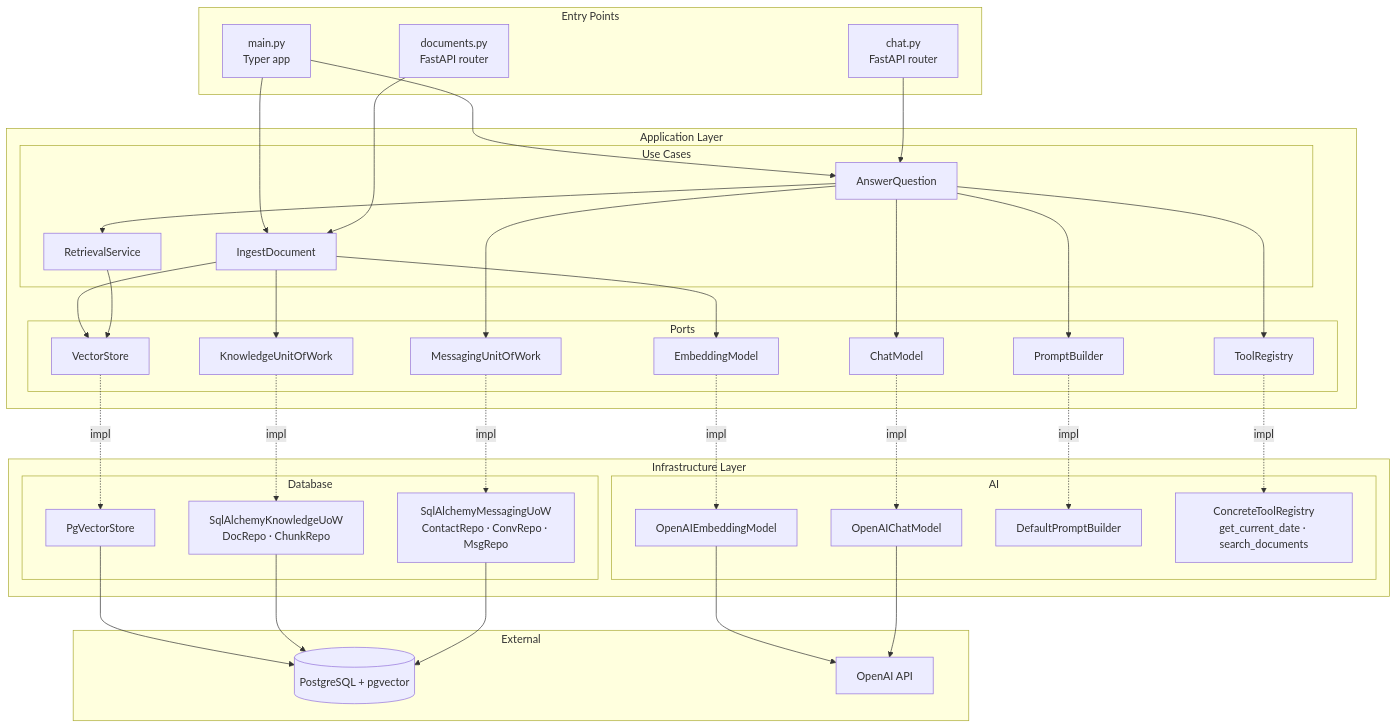
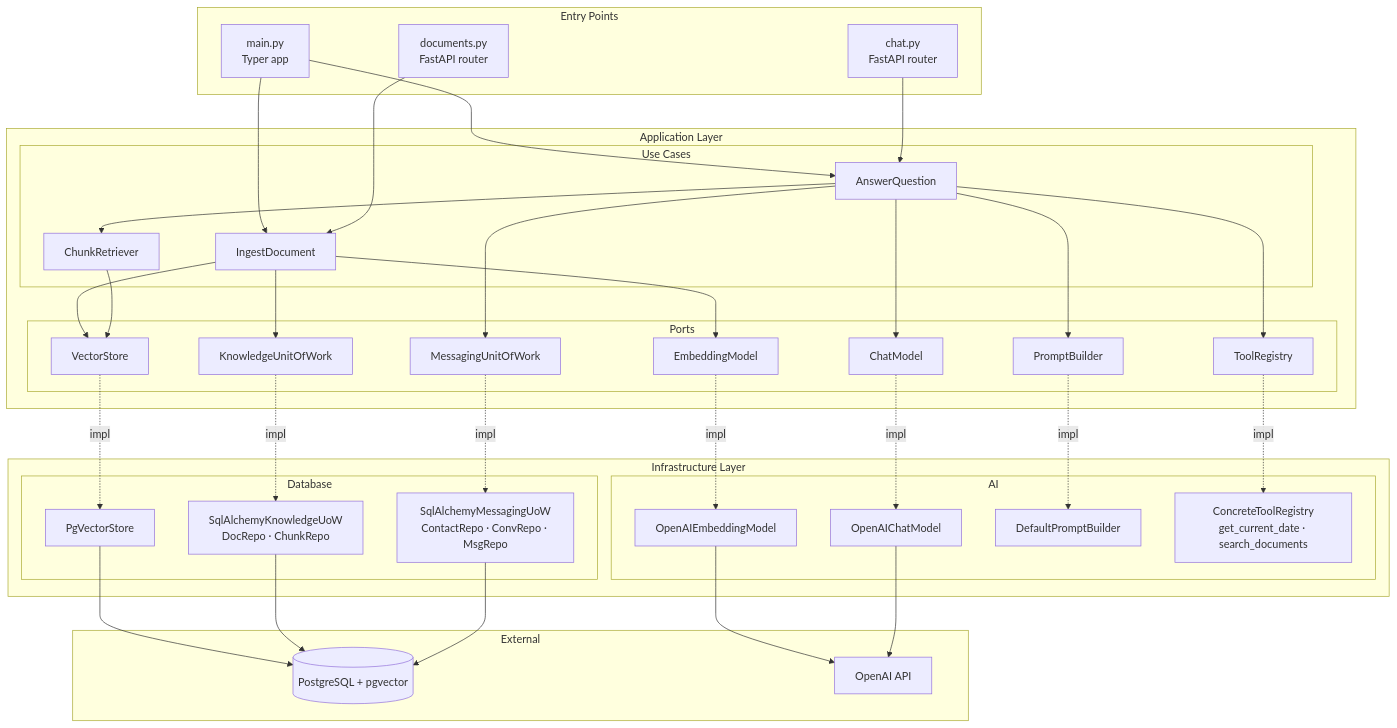
One commit to camercadop/knowledge-support-ai-agent changed the third of 3 diagrams in docs/architecture.md. Above: the diagram before and after it, drawn with Mermaid. The commit also changed other lines of this file and 9 other files, not shown here.

Commit message:
feat: implement ChunkRetriever service with post-retrieval quality controls

````diff
--- a/docs/architecture.md
+++ b/docs/architecture.md
@@ -47,64 +47,64 @@
 ```mermaid
 flowchart TB
     subgraph entry["Entry Points"]
         chat_router["chat.py\nFastAPI router"]
         docs_router["documents.py\nFastAPI router"]
         cli_main["main.py\nTyper app"]
     end
 
     subgraph app["Application Layer"]
         subgraph use_cases["Use Cases"]
             uc_answer["AnswerQuestion"]
             uc_ingest["IngestDocument"]
-            retrieval_svc["RetrievalService"]
+            retrieval_svc["ChunkRetriever"]
         end
         subgraph ports["Ports"]
             port_msg_uow["MessagingUnitOfWork"]
             port_know_uow["KnowledgeUnitOfWork"]
             port_chat["ChatModel"]
             port_embed["EmbeddingModel"]
             port_vs["VectorStore"]
             port_tools["ToolRegistry"]
             port_prompt["PromptBuilder"]
         end
     end
 
     subgraph infra["Infrastructure Layer"]
         subgraph db_impl["Database"]
             sql_msg_uow["SqlAlchemyMessagingUoW\nContactRepo · ConvRepo · MsgRepo"]
             sql_know_uow["SqlAlchemyKnowledgeUoW\nDocRepo · ChunkRepo"]
             pgvector["PgVectorStore"]
         end
         subgraph ai_impl["AI"]
             openai_chat["OpenAIChatModel"]
             openai_embed["OpenAIEmbeddingModel"]
             default_prompt["DefaultPromptBuilder"]
             tool_registry["ConcreteToolRegistry\nget_current_date · search_documents"]
         end
     end
 
     subgraph external["External"]
         postgres[("PostgreSQL + pgvector")]
         openai["OpenAI API"]
     end
 
     chat_router --> uc_answer
     docs_router --> uc_ingest
     cli_main --> uc_answer
     cli_main --> uc_ingest
 
     uc_answer --> port_msg_uow & port_chat & port_tools & port_prompt & retrieval_svc
     retrieval_svc --> port_vs
     uc_ingest --> port_know_uow & port_embed & port_vs
 
     port_msg_uow -.->|impl| sql_msg_uow
     port_know_uow -.->|impl| sql_know_uow
     port_chat -.->|impl| openai_chat
     port_embed -.->|impl| openai_embed
     port_vs -.->|impl| pgvector
     port_tools -.->|impl| tool_registry
     port_prompt -.->|impl| default_prompt
 
     sql_msg_uow & sql_know_uow & pgvector --> postgres
     openai_chat & openai_embed --> openai
 ```
````
